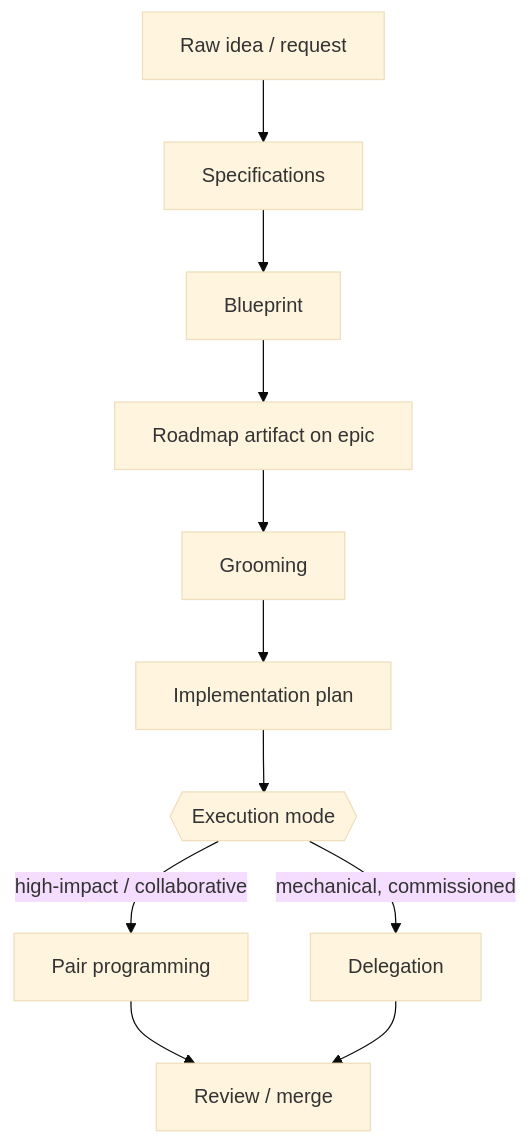
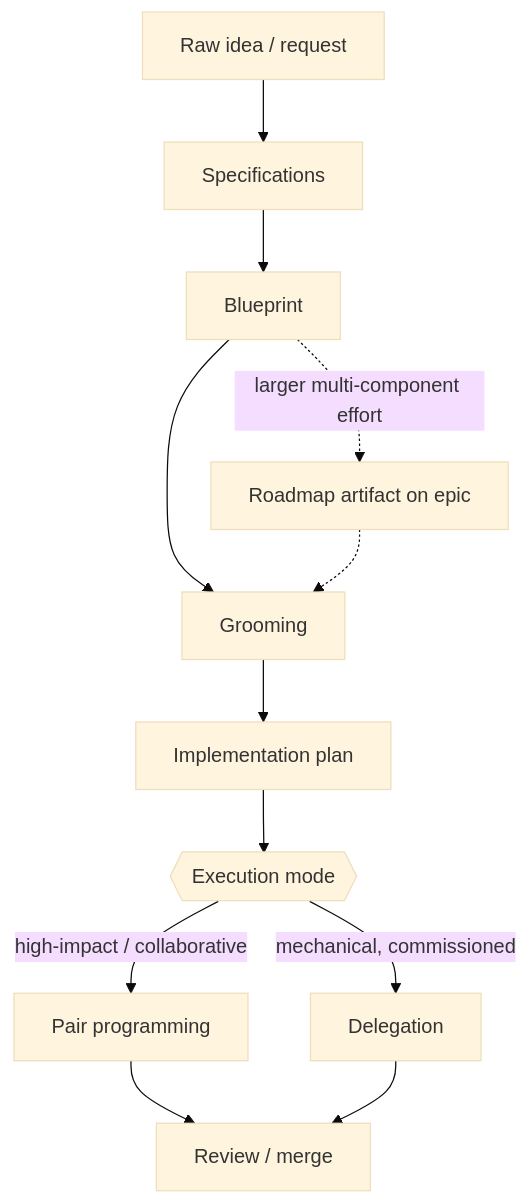
Before and after one commit to workinprogress-ai/devenv: the first of 5 diagrams in docs/Workflow.md, drawn with Mermaid (base theme). The commit also changed other lines of this file and 8 other files, not shown here.

First line of the commit message:
fix(skills): roadmap clarifications and tool fixes

````diff
--- a/docs/Workflow.md
+++ b/docs/Workflow.md
@@ -411,13 +411,14 @@
 ```mermaid
 flowchart TD
     A[Raw idea / request] --> B[Specifications]
     B --> C[Blueprint]
-    C --> R[Roadmap artifact on epic]
-    R --> D[Grooming]
+    C --> D[Grooming]
+    C -.->|"larger multi-component effort"| R[Roadmap artifact on epic]
+    R -.-> D
     D --> E[Implementation plan]
     E --> F{{"Execution mode"}}
     F -->|high-impact / collaborative| G[Pair programming]
     F -->|mechanical, commissioned| H[Delegation]
     G --> I[Review / merge]
     H --> I
 ```
````
